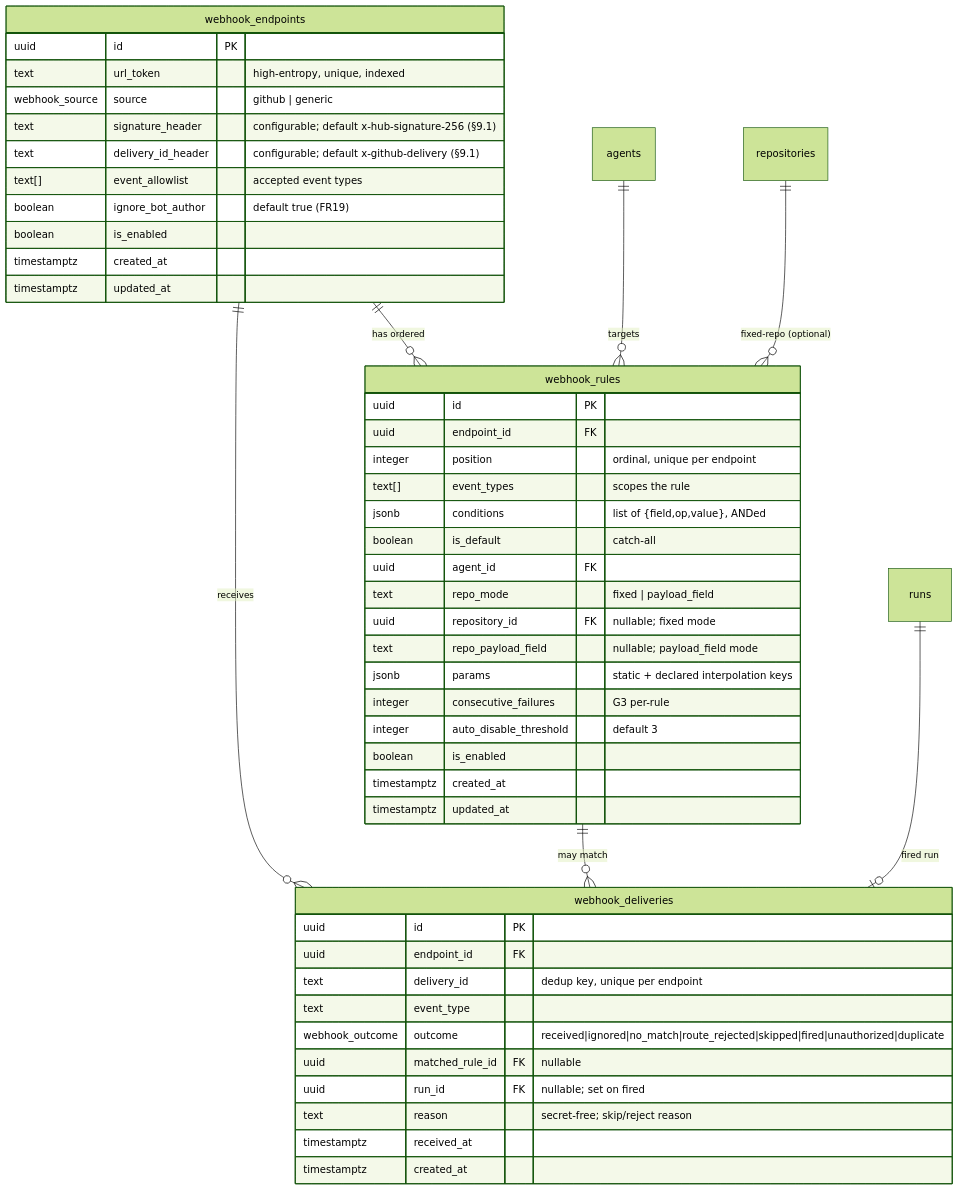
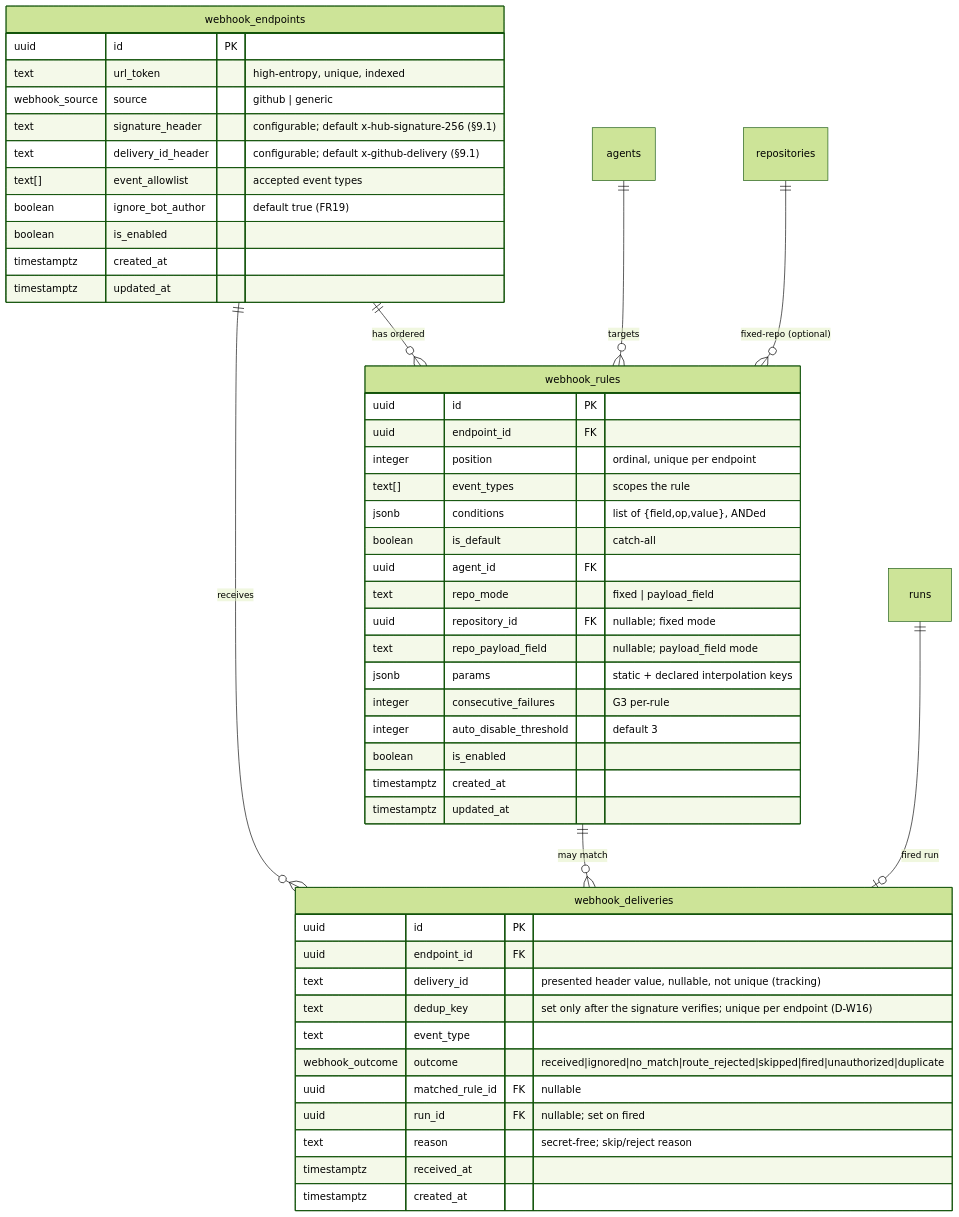
One commit to llipe/dev-tasks-agent-fleet changed the second of 4 diagrams in workstream/specification-prd-webhook-triggers.md. Above: the diagram before and after it, drawn with Mermaid (forest theme). The commit also changed other lines of this file and 6 other files, not shown here.

````diff
--- a/workstream/specification-prd-webhook-triggers.md
+++ b/workstream/specification-prd-webhook-triggers.md
@@ -86,52 +87,53 @@
 ```mermaid
 erDiagram
   webhook_endpoints ||--o{ webhook_rules : "has ordered"
   webhook_endpoints ||--o{ webhook_deliveries : "receives"
   webhook_rules ||--o{ webhook_deliveries : "may match"
   agents ||--o{ webhook_rules : "targets"
   repositories ||--o{ webhook_rules : "fixed-repo (optional)"
   runs ||--o| webhook_deliveries : "fired run"
 
   webhook_endpoints {
     uuid id PK
     text url_token "high-entropy, unique, indexed"
     webhook_source source "github | generic"
     text signature_header "configurable; default x-hub-signature-256 (§9.1)"
     text delivery_id_header "configurable; default x-github-delivery (§9.1)"
     text[] event_allowlist "accepted event types"
     boolean ignore_bot_author "default true (FR19)"
     boolean is_enabled
     timestamptz created_at
     timestamptz updated_at
   }
   webhook_rules {
     uuid id PK
     uuid endpoint_id FK
     integer position "ordinal, unique per endpoint"
     text[] event_types "scopes the rule"
     jsonb conditions "list of {field,op,value}, ANDed"
     boolean is_default "catch-all"
     uuid agent_id FK
     text repo_mode "fixed | payload_field"
     uuid repository_id FK "nullable; fixed mode"
     text repo_payload_field "nullable; payload_field mode"
     jsonb params "static + declared interpolation keys"
     integer consecutive_failures "G3 per-rule"
     integer auto_disable_threshold "default 3"
     boolean is_enabled
     timestamptz created_at
     timestamptz updated_at
   }
   webhook_deliveries {
     uuid id PK
     uuid endpoint_id FK
-    text delivery_id "dedup key, unique per endpoint"
+    text delivery_id "presented header value, nullable, not unique (tracking)"
+    text dedup_key "set only after the signature verifies; unique per endpoint (D-W16)"
     text event_type
     webhook_outcome outcome "received|ignored|no_match|route_rejected|skipped|fired|unauthorized|duplicate"
     uuid matched_rule_id FK "nullable"
     uuid run_id FK "nullable; set on fired"
     text reason "secret-free; skip/reject reason"
     timestamptz received_at
     timestamptz created_at
   }
 ```
````
